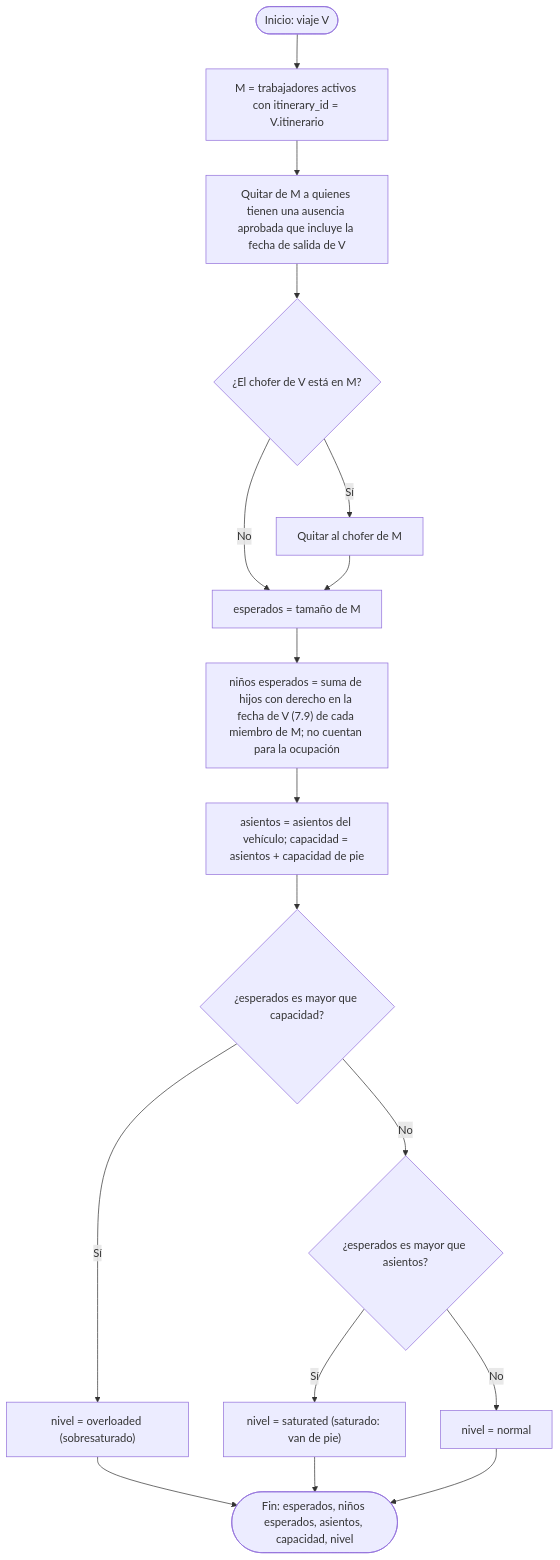
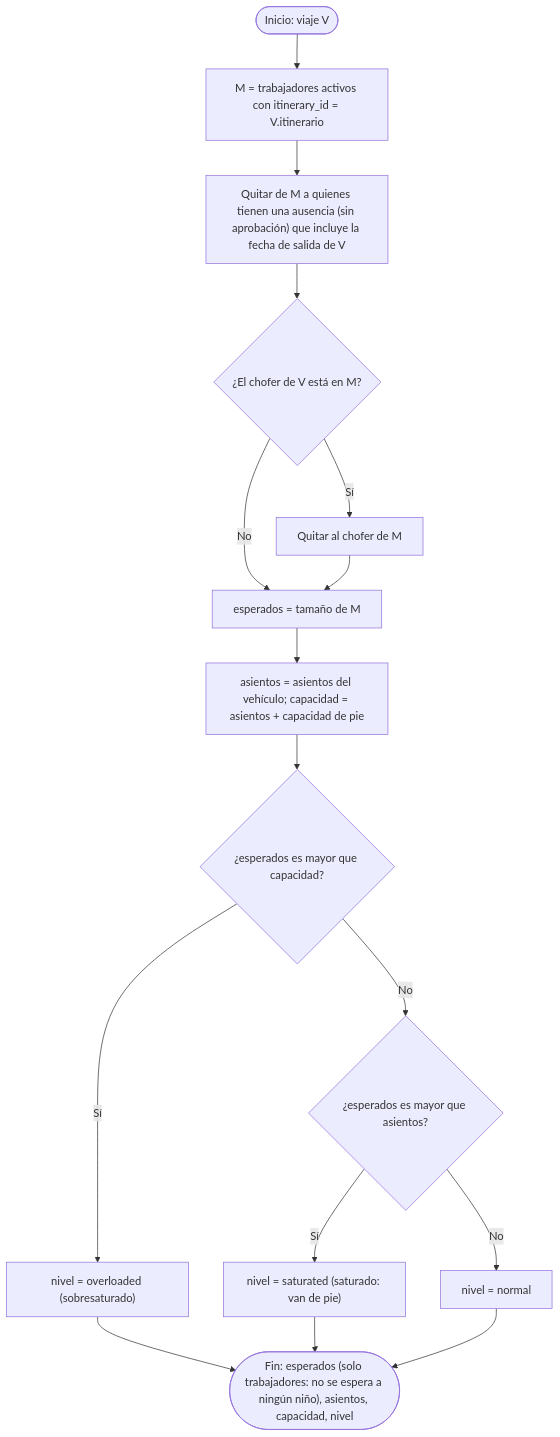
Before and after one commit to maicolalmaralestamayo/MiRuta: diagram 12 of 37 in docs/07-algoritmos.md, drawn with Mermaid. The commit also changed other lines of this file and 37 other files, not shown here.

First line of the commit message:
API 3.0 (parte B): QR desechable y QR impreso, subida con hijos y viajeros de fuera, alta con QR, estadísticas y documentación

````diff
--- a/docs/07-algoritmos.md
+++ b/docs/07-algoritmos.md
@@ -360,19 +336,18 @@
 ```mermaid
 flowchart TD
     A(["Inicio: viaje V"]) --> B["M = trabajadores activos con itinerary_id = V.itinerario"]
-    B --> C["Quitar de M a quienes tienen una ausencia aprobada que incluye la fecha de salida de V"]
+    B --> C["Quitar de M a quienes tienen una ausencia (sin aprobación) que incluye la fecha de salida de V"]
     C --> D{"¿El chofer de V está en M?"}
     D -->|Sí| E["Quitar al chofer de M"]
     D -->|No| F
     E --> F["esperados = tamaño de M"]
-    F --> G["niños esperados = suma de hijos con derecho en la fecha de V (7.9) de cada miembro de M; no cuentan para la ocupación"]
-    G --> H["asientos = asientos del vehículo; capacidad = asientos + capacidad de pie"]
+    F --> H["asientos = asientos del vehículo; capacidad = asientos + capacidad de pie"]
     H --> I{"¿esperados es mayor que capacidad?"}
     I -->|Sí| J["nivel = overloaded (sobresaturado)"]
     I -->|No| K{"¿esperados es mayor que asientos?"}
     K -->|Sí| L["nivel = saturated (saturado: van de pie)"]
     K -->|No| N["nivel = normal"]
-    J --> Z(["Fin: esperados, niños esperados, asientos, capacidad, nivel"])
+    J --> Z(["Fin: esperados (solo trabajadores: no se espera a ningún niño), asientos, capacidad, nivel"])
     L --> Z
     N --> Z
 ```
````
